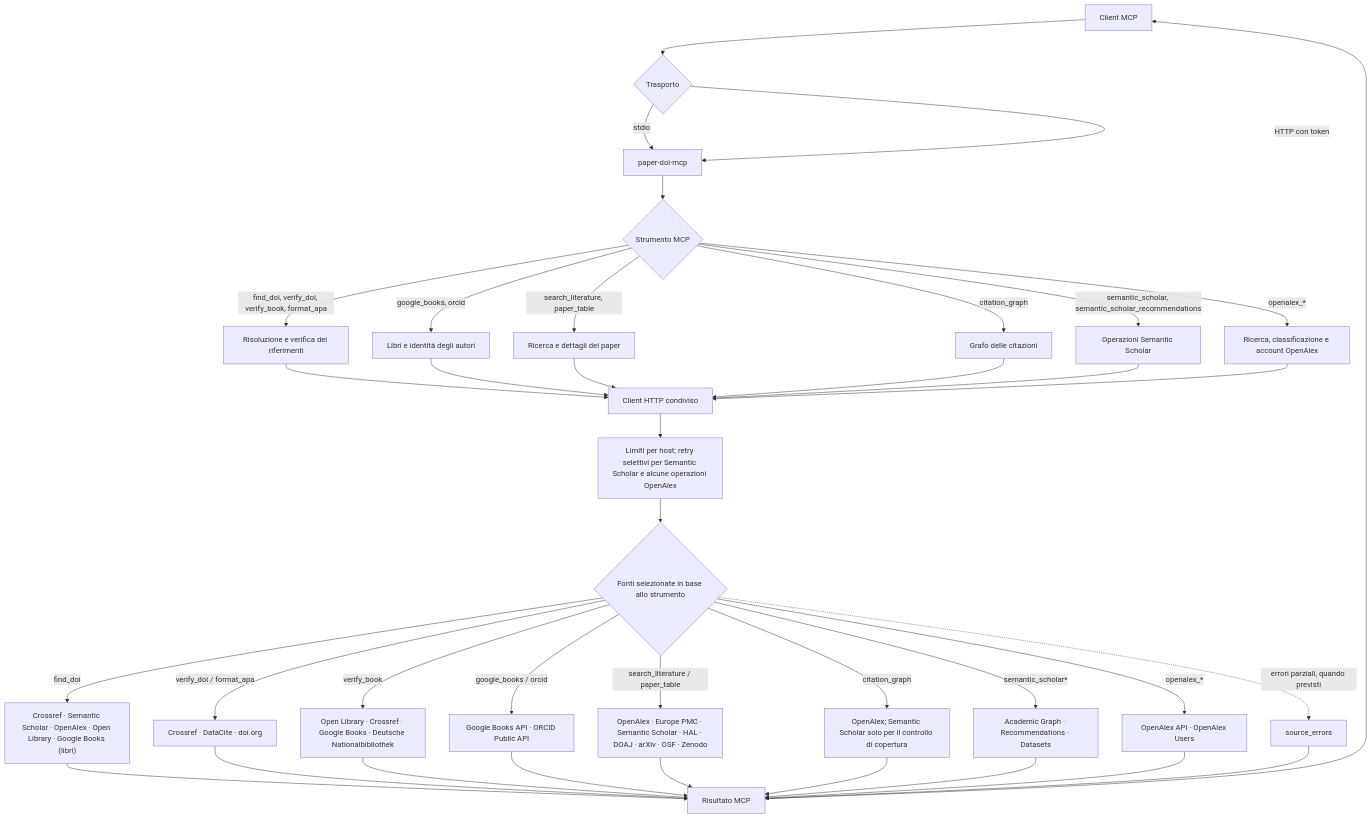
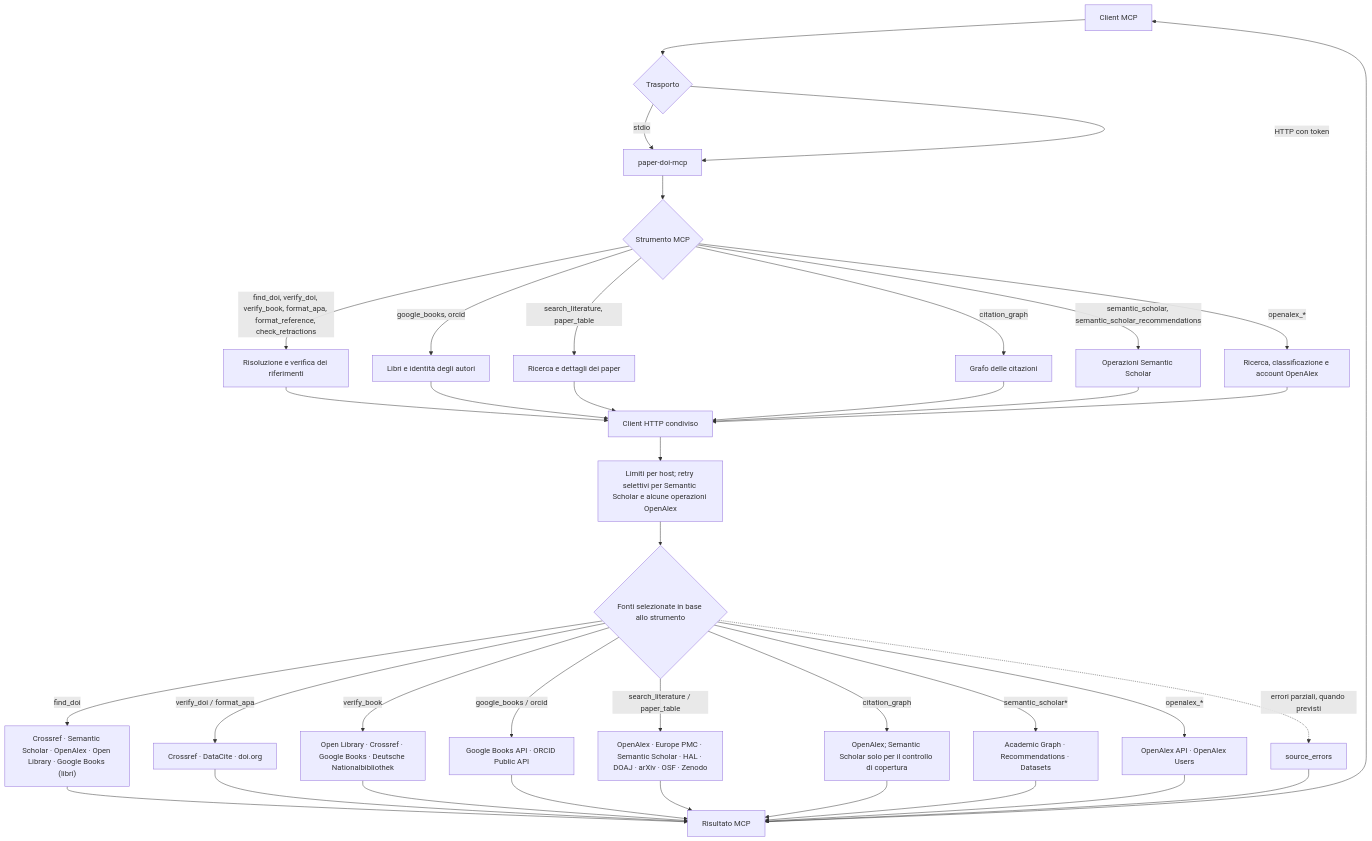
The diagram in README.md (graph-ist/doi-mcp), drawn with Mermaid before and after one commit. The commit also changed other lines of this file and 2 other files, not shown here.

Commit message:
Add format_reference and check_retractions; throttle Crossref
- format_reference: BibTeX, RIS, CSL-JSON or any CSL style via doi.org content negotiation
- check_retractions: retractions, expressions of concern and corrections for up to
  1000 DOIs from Crossref (Retraction Watch data)
- Crossref limited to 2 concurrent requests, with retries on 429

Claude-Session: https://claude.ai/code/session_01Qp1Mm43LR9BVZU4cB2tjG4

````diff
--- a/README.md
+++ b/README.md
@@ -9,45 +9,45 @@
 ```mermaid
 flowchart TD
   Client["Client MCP"] --> Trasporto{"Trasporto"}
   Trasporto -->|stdio| Server["paper-doi-mcp"]
   Trasporto -->|HTTP con token| Server
 
   Server --> Strumento{"Strumento MCP"}
-  Strumento -->|find_doi, verify_doi, verify_book, format_apa| Riferimenti["Risoluzione e verifica dei riferimenti"]
+  Strumento -->|find_doi, verify_doi, verify_book, format_apa, format_reference, check_retractions| Riferimenti["Risoluzione e verifica dei riferimenti"]
   Strumento -->|google_books, orcid| Registri["Libri e identità degli autori"]
   Strumento -->|search_literature, paper_table| Ricerca["Ricerca e dettagli dei paper"]
   Strumento -->|citation_graph| Grafo["Grafo delle citazioni"]
   Strumento -->|semantic_scholar, semantic_scholar_recommendations| SS["Operazioni Semantic Scholar"]
   Strumento -->|openalex_*| OA["Ricerca, classificazione e account OpenAlex"]
 
   Riferimenti --> HTTP["Client HTTP condiviso"]
   Registri --> HTTP
   Ricerca --> HTTP
   Grafo --> HTTP
   SS --> HTTP
   OA --> HTTP
   HTTP --> Gestione["Limiti per host; retry selettivi per Semantic Scholar e alcune operazioni OpenAlex"]
 
   Gestione --> Fonti{"Fonti selezionate in base allo strumento"}
   Fonti -->|find_doi| Candidati["Crossref · Semantic Scholar · OpenAlex · Open Library · Google Books (libri)"]
   Fonti -->|verify_doi / format_apa| DOI["Crossref · DataCite · doi.org"]
   Fonti -->|verify_book| Libri["Open Library · Crossref · Google Books · Deutsche Nationalbibliothek"]
   Fonti -->|google_books / orcid| Registro["Google Books API · ORCID Public API"]
   Fonti -->|search_literature / paper_table| Letteratura["OpenAlex · Europe PMC · Semantic Scholar · HAL · DOAJ · arXiv · OSF · Zenodo"]
   Fonti -->|citation_graph| Citazioni["OpenAlex; Semantic Scholar solo per il controllo di copertura"]
   Fonti -->|semantic_scholar*| SSAPI["Academic Graph · Recommendations · Datasets"]
   Fonti -->|openalex_*| OAAPI["OpenAlex API · OpenAlex Users"]
 
   Candidati --> Risposta["Risultato MCP"]
   DOI --> Risposta
   Libri --> Risposta
   Registro --> Risposta
   Letteratura --> Risposta
   Citazioni --> Risposta
   SSAPI --> Risposta
   OAAPI --> Risposta
   Risposta --> Client
 
   Fonti -. "errori parziali, quando previsti" .-> Errori["source_errors"]
   Errori --> Risposta
 ```
````
